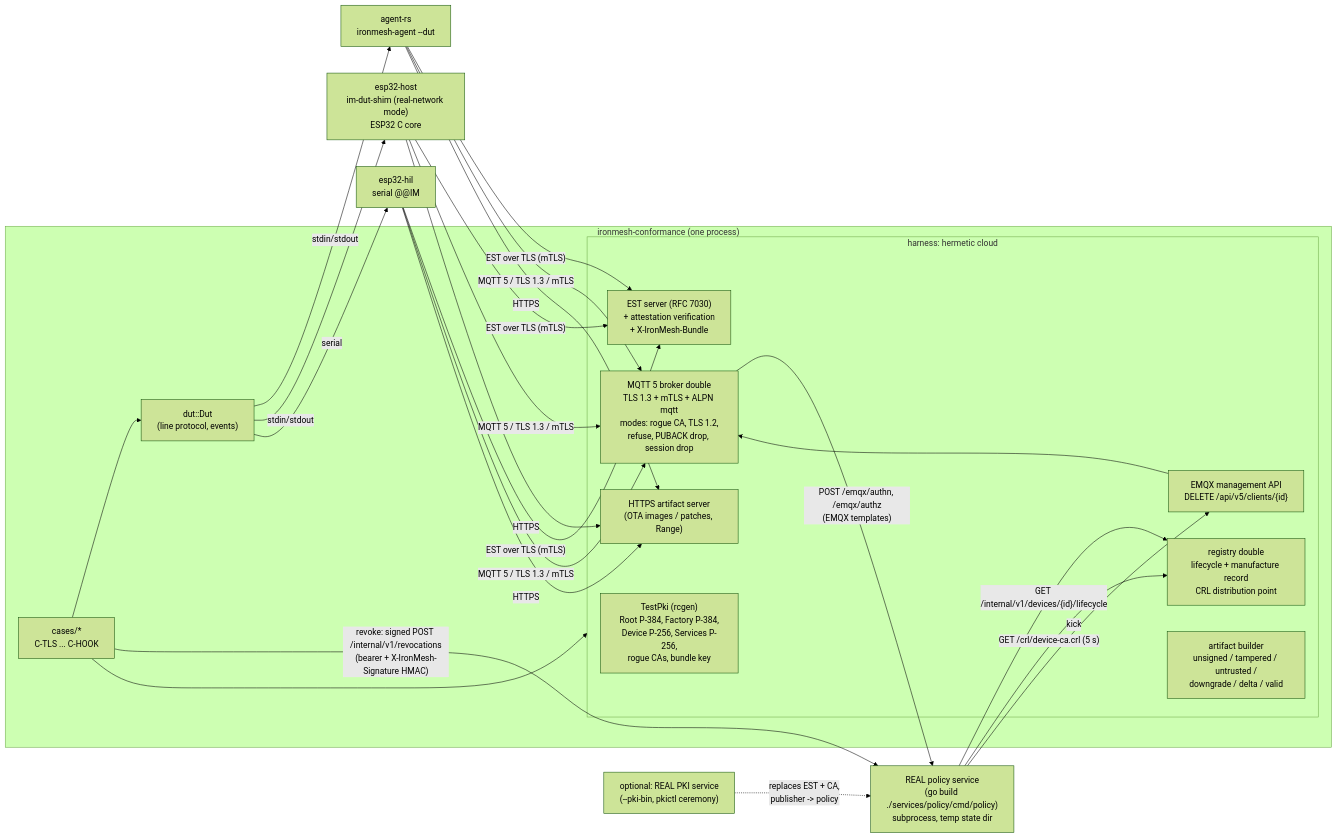
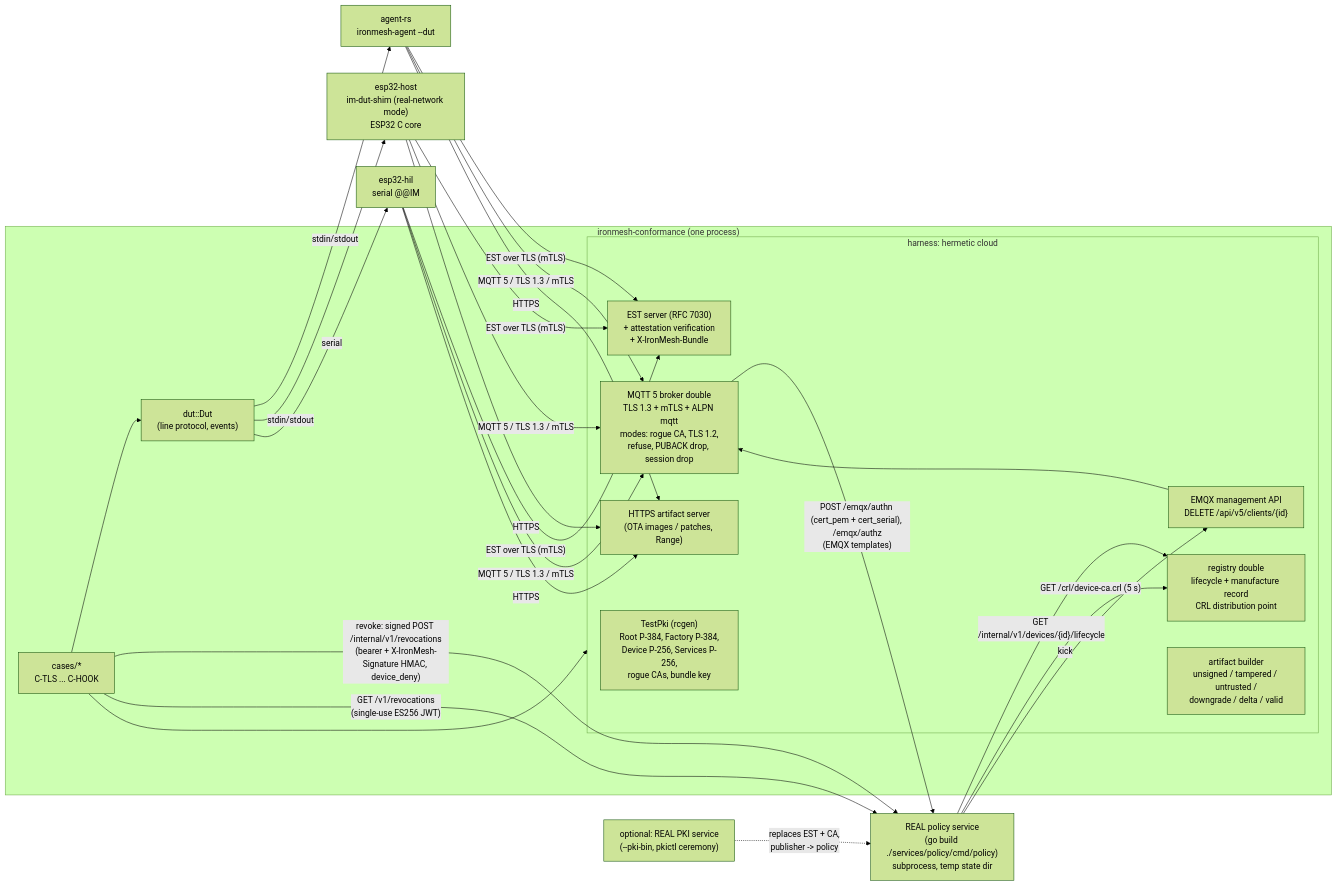
One commit to lumidren/IoT-Security-Framework changed the diagram in conformance/README.md. Above: the diagram before and after it, drawn with Mermaid (forest theme). The commit also changed other lines of this file and 3 other files, not shown here.

````diff
--- a/conformance/README.md
+++ b/conformance/README.md
@@ -41,37 +41,38 @@
 ```mermaid
 flowchart LR
   subgraph suite["ironmesh-conformance (one process)"]
     cases["cases/*\nC-TLS ... C-HOOK"]
     dut["dut::Dut\n(line protocol, events)"]
     subgraph cloud["harness: hermetic cloud"]
       pki["TestPki (rcgen)\nRoot P-384, Factory P-384,\nDevice P-256, Services P-256,\nrogue CAs, bundle key"]
       est["EST server (RFC 7030)\n+ attestation verification\n+ X-IronMesh-Bundle"]
       broker["MQTT 5 broker double\nTLS 1.3 + mTLS + ALPN mqtt\nmodes: rogue CA, TLS 1.2,\nrefuse, PUBACK drop, session drop"]
       mgmt["EMQX management API\nDELETE /api/v5/clients/{id}"]
       reg["registry double\nlifecycle + manufacture record\nCRL distribution point"]
       art["HTTPS artifact server\n(OTA images / patches, Range)"]
       ota["artifact builder\nunsigned / tampered / untrusted /\ndowngrade / delta / valid"]
     end
   end
   policy["REAL policy service\n(go build ./services/policy/cmd/policy)\nsubprocess, temp state dir"]
   realpki["optional: REAL PKI service\n(--pki-bin, pkictl ceremony)"]
   agent["agent-rs\nironmesh-agent --dut"]
   shim["esp32-host\nim-dut-shim (real-network mode)\nESP32 C core"]
   hil["esp32-hil\nserial @@IM"]
 
   cases --> dut
   cases --> cloud
   dut -- stdin/stdout --> agent
   dut -- stdin/stdout --> shim
   dut -- serial --> hil
   agent & shim & hil -- "EST over TLS (mTLS)" --> est
   agent & shim & hil -- "MQTT 5 / TLS 1.3 / mTLS" --> broker
   agent & shim & hil -- HTTPS --> art
-  broker -- "POST /emqx/authn, /emqx/authz\n(EMQX templates)" --> policy
+  broker -- "POST /emqx/authn (cert_pem + cert_serial), /emqx/authz\n(EMQX templates)" --> policy
   policy -- "GET /internal/v1/devices/{id}/lifecycle" --> reg
   policy -- "GET /crl/device-ca.crl (5 s)" --> reg
-  cases -- "revoke: signed POST /internal/v1/revocations\n(bearer + X-IronMesh-Signature HMAC)" --> policy
+  cases -- "revoke: signed POST /internal/v1/revocations\n(bearer + X-IronMesh-Signature HMAC, device_deny)" --> policy
+  cases -- "GET /v1/revocations\n(single-use ES256 JWT)" --> policy
   policy -- "kick" --> mgmt
   mgmt --> broker
   realpki -. "replaces EST + CA,\npublisher -> policy" .-> policy
 ```
````
